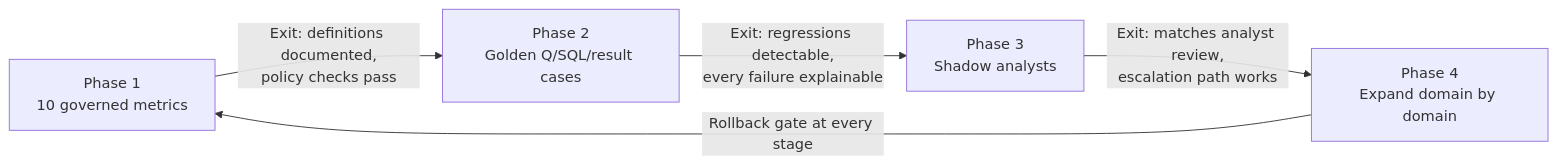
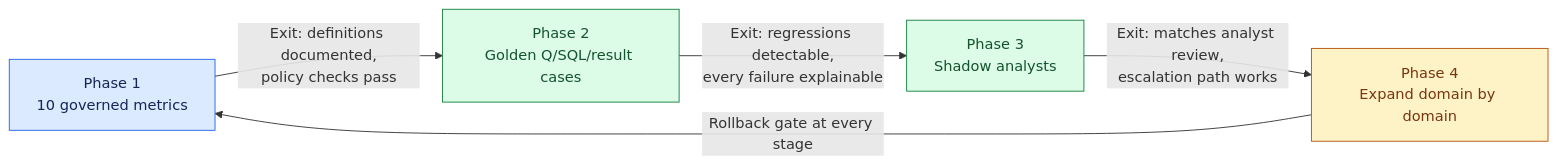
One commit to Sourav692/Forward-Deployed-Engineer-Interview-Prep changed the sixth of 6 diagrams in site/content/modules/15-fde-case-studies/knowledge-retrieval/nl-over-governed-data/full-pack-part-3.md. Above: the diagram before and after it, drawn with Mermaid. The commit also changed other lines of this file and 1268 other files, not shown here.

First line of the commit message:
content: polish Casebook writing and Mermaid diagrams (#251)

````diff
--- a/site/content/modules/15-fde-case-studies/knowledge-retrieval/nl-over-governed-data/full-pack-part-3.md
+++ b/site/content/modules/15-fde-case-studies/knowledge-retrieval/nl-over-governed-data/full-pack-part-3.md
@@ -123,7 +215,15 @@
 ```mermaid
 flowchart LR
     P1["Phase 1<br/>10 governed metrics"] -->|Exit: definitions documented,<br/>policy checks pass| P2["Phase 2<br/>Golden Q/SQL/result cases"]
     P2 -->|Exit: regressions detectable,<br/>every failure explainable| P3["Phase 3<br/>Shadow analysts"]
     P3 -->|Exit: matches analyst review,<br/>escalation path works| P4["Phase 4<br/>Expand domain by domain"]
     P4 -->|Rollback gate at every stage| P1
+
+    %% Casebook colours: entry, reasoning, results, controls, and stopped paths.
+    classDef cbInput fill:#dbeafe,stroke:#2563eb,color:#172554
+    class P1 cbInput
+    classDef cbAction fill:#dcfce7,stroke:#15803d,color:#14532d
+    class P2,P3 cbAction
+    classDef cbPolicy fill:#fef3c7,stroke:#b45309,color:#78350f
+    class P4 cbPolicy
 ```
````
